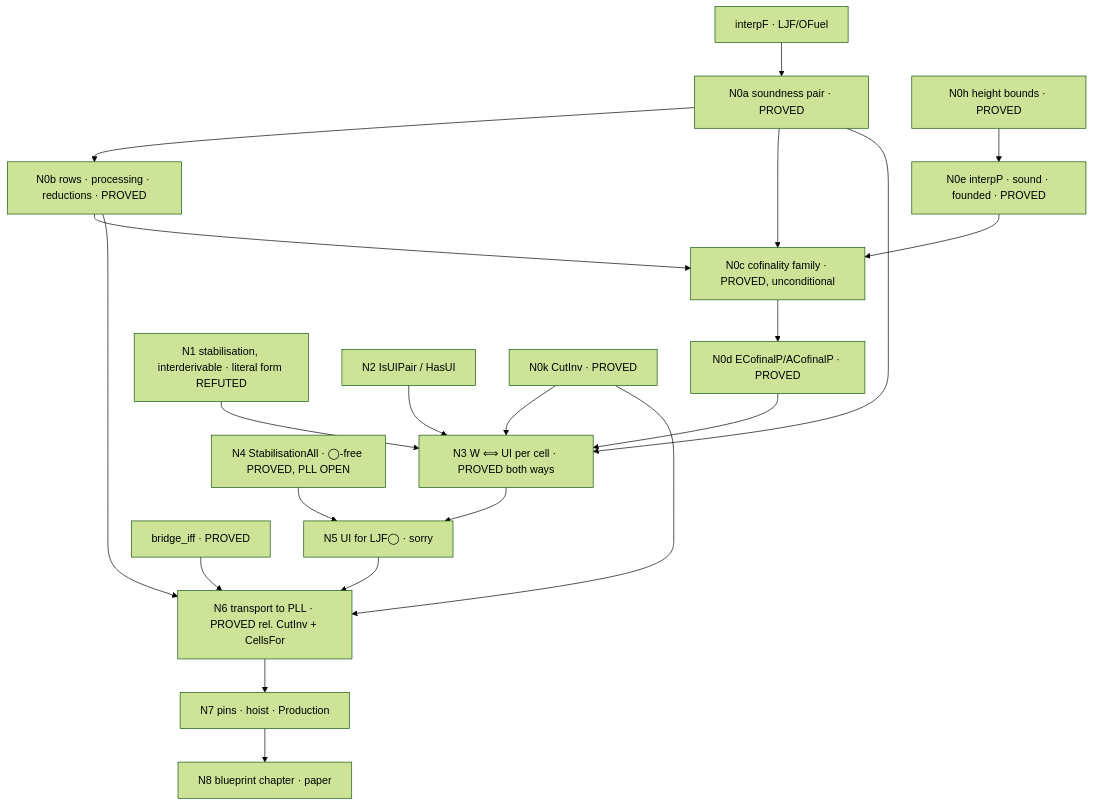
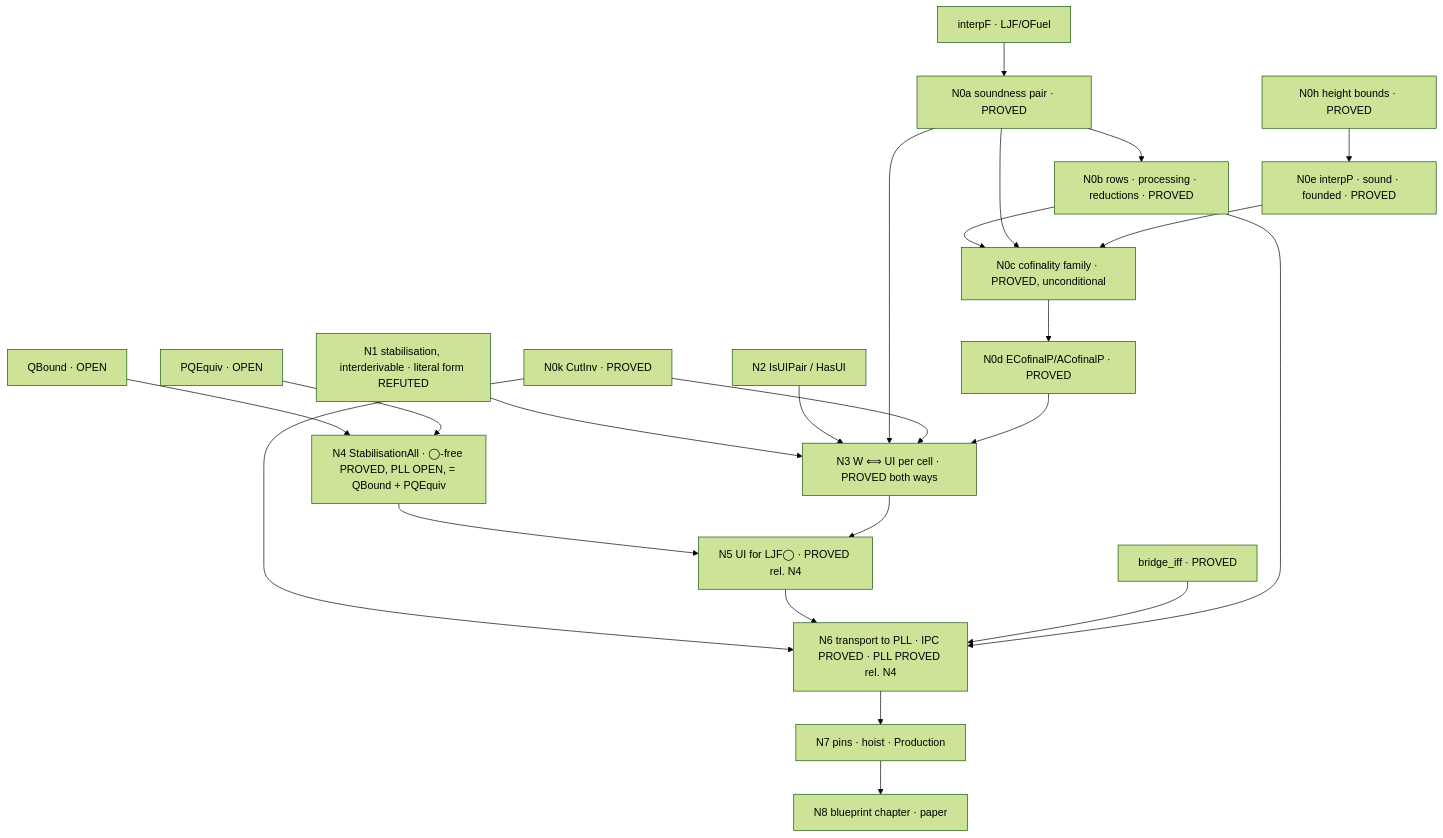
Before and after one commit to fairflow/lax-logic-in-lean: the diagram in docs/ui-routeB-blueprint.md, drawn with Mermaid (forest theme). The commit also changed other lines of this file and 2 other files, not shown here.

````diff
--- a/docs/ui-routeB-blueprint.md
+++ b/docs/ui-routeB-blueprint.md
@@ -81,23 +88,25 @@
 ```mermaid
 graph TD
   interpF[interpF · LJF/OFuel] --> N0a[N0a soundness pair · PROVED]
   N0a --> N0b[N0b rows · processing · reductions · PROVED]
   N0b --> N0c[N0c cofinality family · PROVED, unconditional]
   N0a --> N0c
   H[N0h height bounds · PROVED] --> N0e[N0e interpP · sound · founded · PROVED]
   N0e --> N0c
   N0c --> N0d[N0d ECofinalP/ACofinalP · PROVED]
   N1[N1 stabilisation, interderivable · literal form REFUTED] --> N3
   N2[N2 IsUIPair / HasUI] --> N3
   N0a --> N3[N3 W ⟺ UI per cell · PROVED both ways]
   K[N0k CutInv · PROVED] --> N3
   K --> N6
   N0d --> N3
-  N4[N4 StabilisationAll · ◯-free PROVED, PLL OPEN] --> N5[N5 UI for LJF◯ · sorry]
+  Q[QBound · OPEN] --> N4
+  PQ[PQEquiv · OPEN] --> N4
+  N4[N4 StabilisationAll · ◯-free PROVED, PLL OPEN, = QBound + PQEquiv] --> N5[N5 UI for LJF◯ · PROVED rel. N4]
   N3 --> N5
-  N5 --> N6[N6 transport to PLL · PROVED rel. CutInv + CellsFor]
+  N5 --> N6[N6 transport to PLL · IPC PROVED · PLL PROVED rel. N4]
   B[bridge_iff · PROVED] --> N6
   N0b --> N6
   N6 --> N7[N7 pins · hoist · Production]
   N7 --> N8[N8 blueprint chapter · paper]
 ```
````
